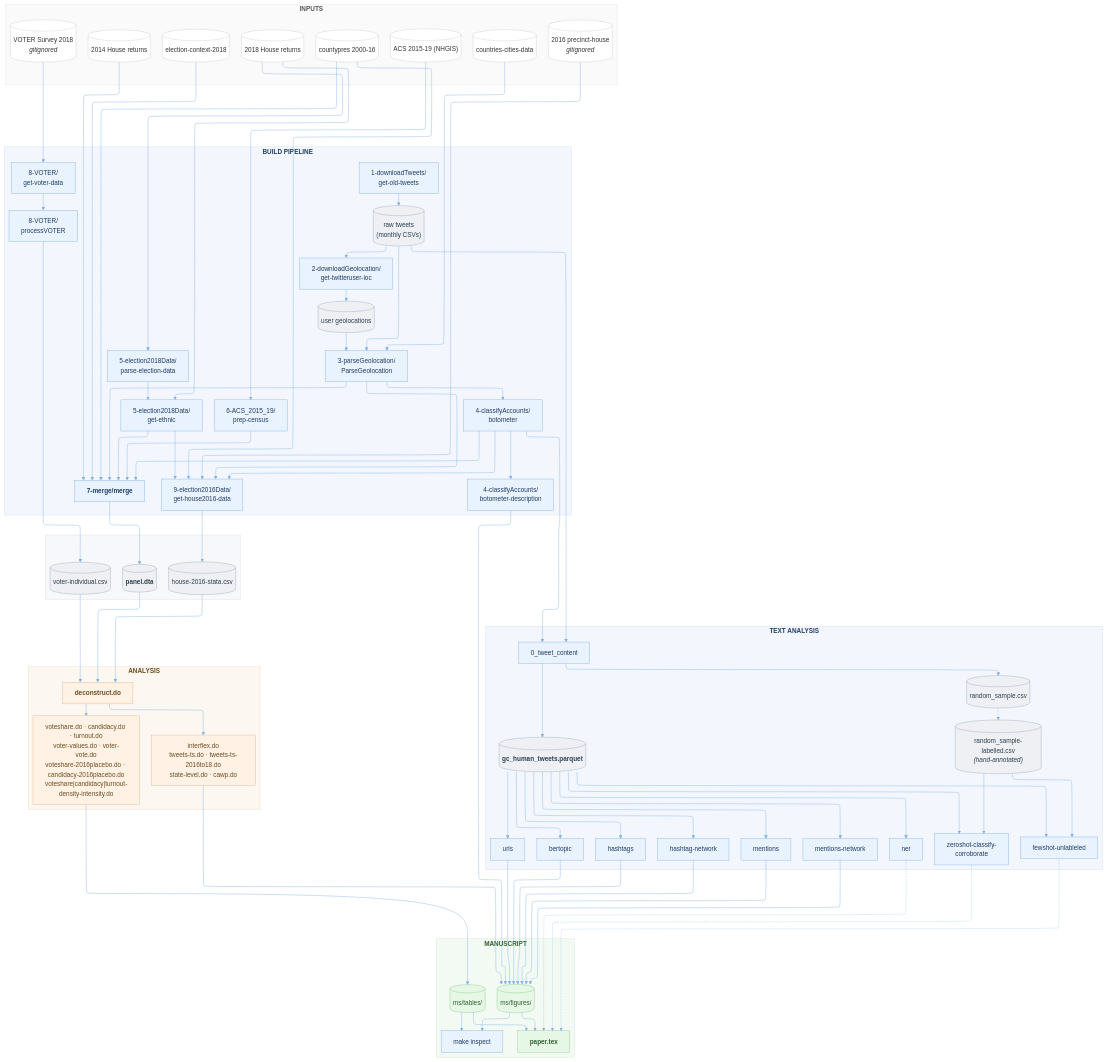
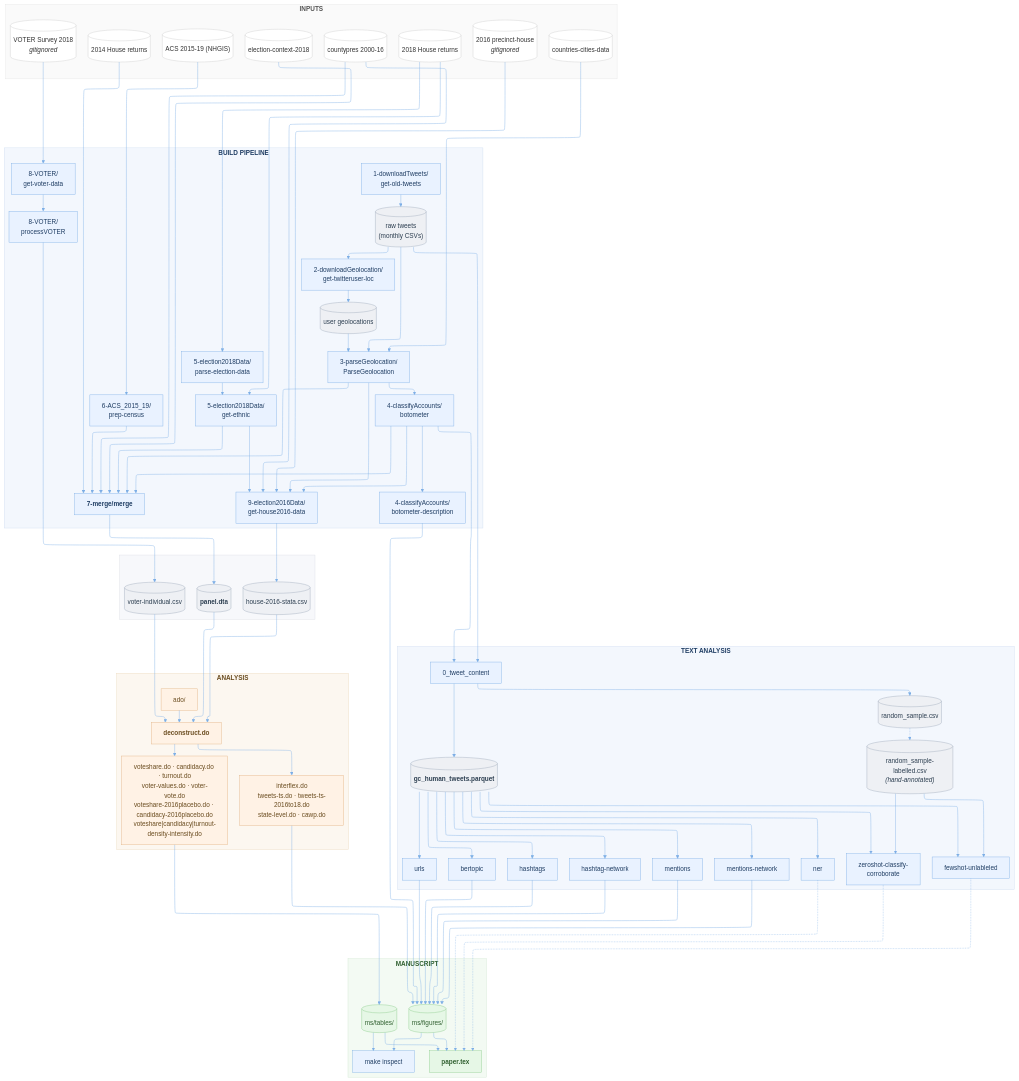
The diagram in assets/dag.mmd (LSYS/deconstruct), drawn with Mermaid before and after one commit. The commit also changed 3 other files, not shown here.

```diff
--- a/assets/dag.mmd
+++ b/assets/dag.mmd
@@ -86,6 +86,7 @@
 %% ======================
 subgraph stata_analysis["<b>ANALYSIS</b>"]
     direction LR
+    stata_ado["ado/"]
     stata_orch["<b>deconstruct.do</b>"]
     stata_tables["voteshare.do · candidacy.do · turnout.do<br/>voter-values.do · voter-vote.do<br/>voteshare-2016placebo.do · candidacy-2016placebo.do<br/>voteshare|candidacy|turnout-density-intensity.do"]
     stata_figs["interflex.do<br/>tweets-ts.do · tweets-ts-2016to18.do<br/>state-level.do · cawp.do"]
@@ -159,6 +160,7 @@
 panel --> stata_orch
 voter_data --> stata_orch
 h2016_data --> stata_orch
+stata_ado --> stata_orch
 stata_orch --> stata_tables
 stata_orch --> stata_figs
 
@@ -193,7 +195,7 @@
 class raw_tweets,geoloc,panel,voter_data,h2016_data,gc_human,random_sample,manual_labels dataset;
 
 classDef stata fill:#fff2e5,stroke:#e0b182,color:#6a4c1f;
-class stata_orch,stata_tables,stata_figs stata;
+class stata_orch,stata_tables,stata_figs,stata_ado stata;
 
 classDef result fill:#e6f7e6,stroke:#8acb8a,color:#2f5f2f;
 class ms_tables,ms_figures,paper_tex result;
```
